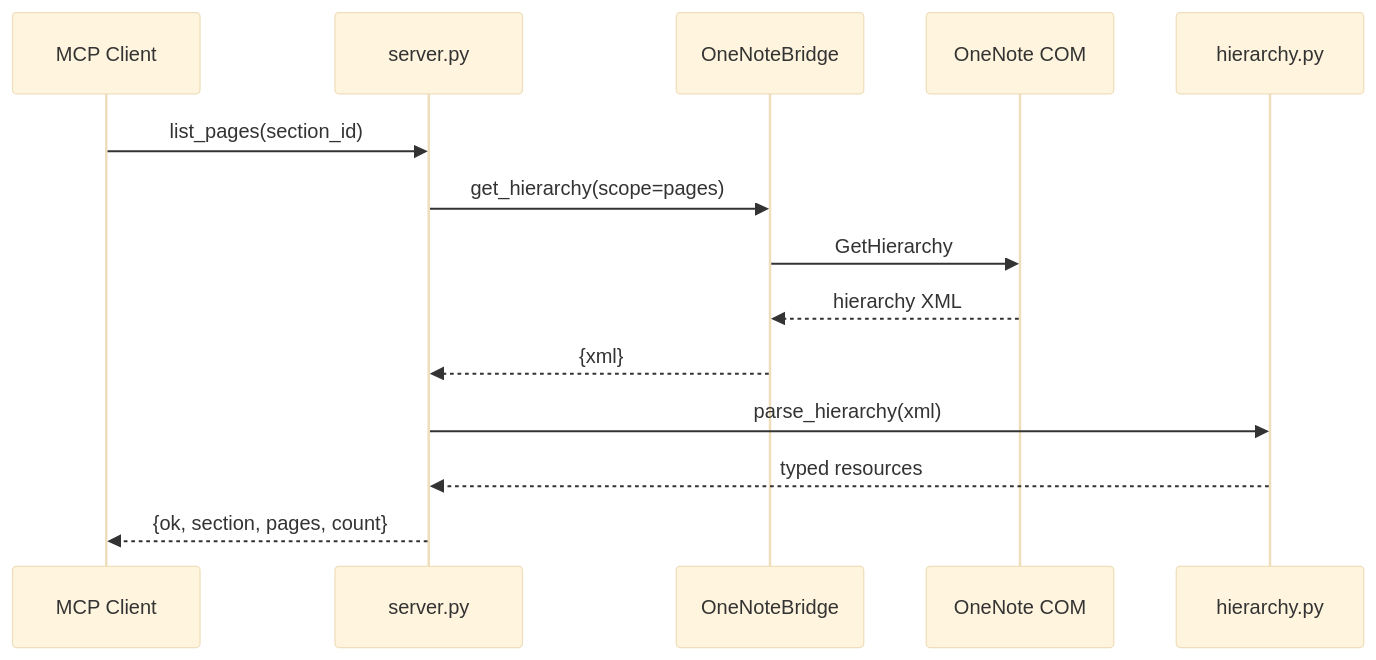
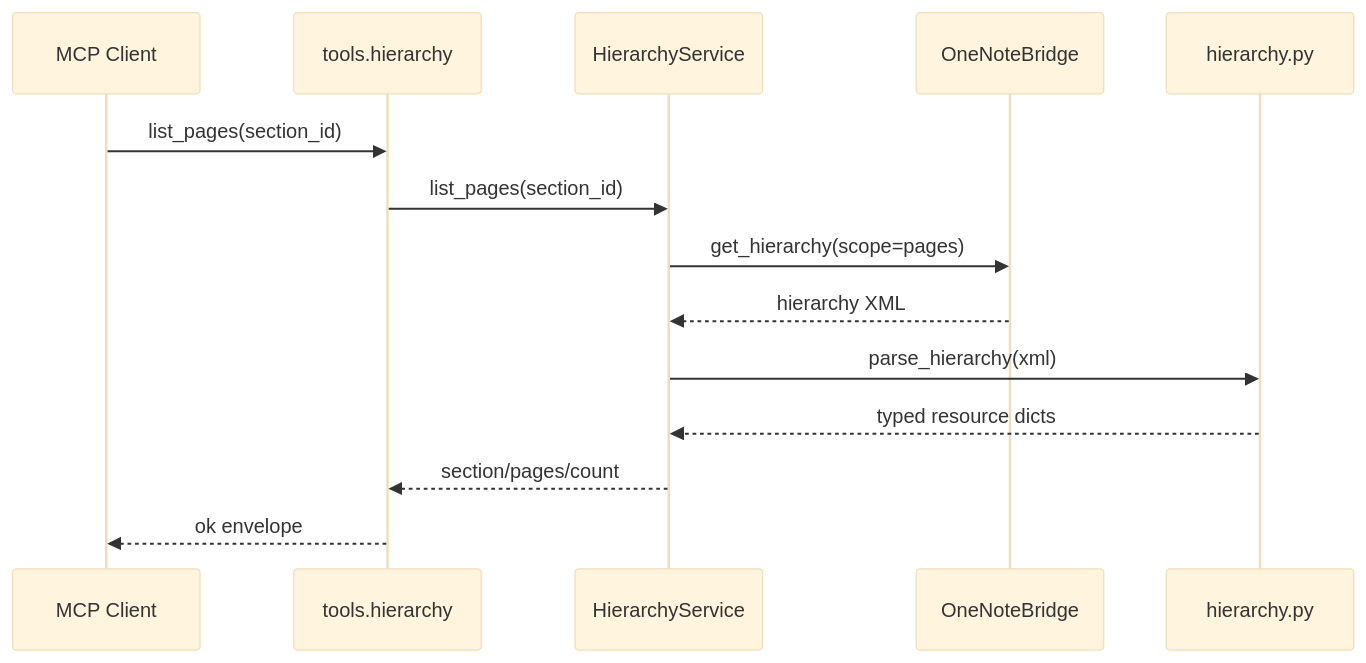
One commit to Kaomsos/onenote-com-mcp changed the fifth of 6 diagrams in docs/design/architecture.md. Above: the diagram before and after it, drawn with Mermaid (base theme). The commit also changed other lines of this file and 3 other files, not shown here.

Commit message:
docs: describe layered service architecture

````diff
--- a/docs/design/architecture.md
+++ b/docs/design/architecture.md
@@ -284,17 +296,17 @@
 ```mermaid
 sequenceDiagram
     participant C as MCP Client
-    participant S as server.py
+    participant T as tools.hierarchy
+    participant S as HierarchyService
     participant B as OneNoteBridge
-    participant O as OneNote COM
     participant H as hierarchy.py
 
-    C->>S: list_pages(section_id)
+    C->>T: list_pages(section_id)
+    T->>S: list_pages(section_id)
     S->>B: get_hierarchy(scope=pages)
-    B->>O: GetHierarchy
-    O-->>B: hierarchy XML
-    B-->>S: {xml}
+    B-->>S: hierarchy XML
     S->>H: parse_hierarchy(xml)
-    H-->>S: typed resources
-    S-->>C: {ok, section, pages, count}
+    H-->>S: typed resource dicts
+    S-->>T: section/pages/count
+    T-->>C: ok envelope
 ```
````
